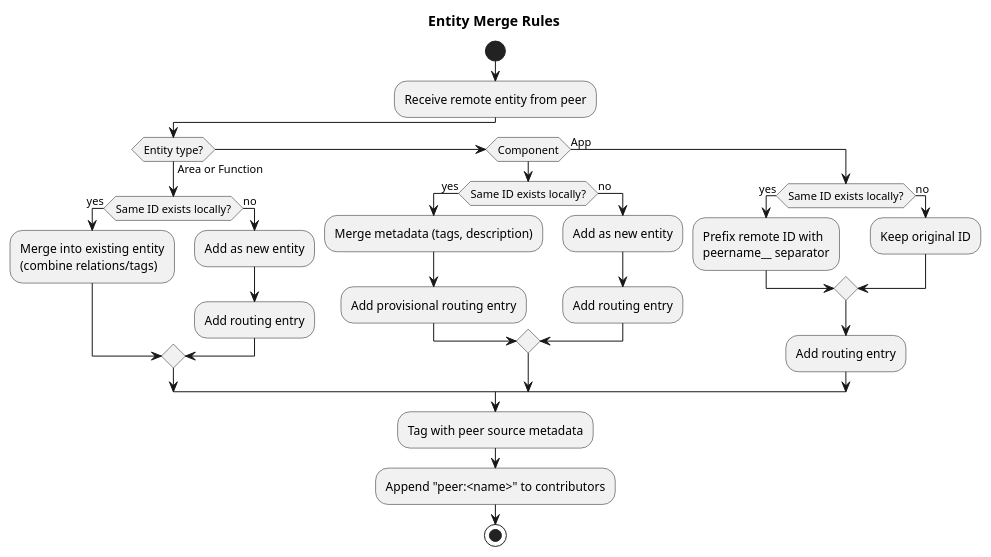
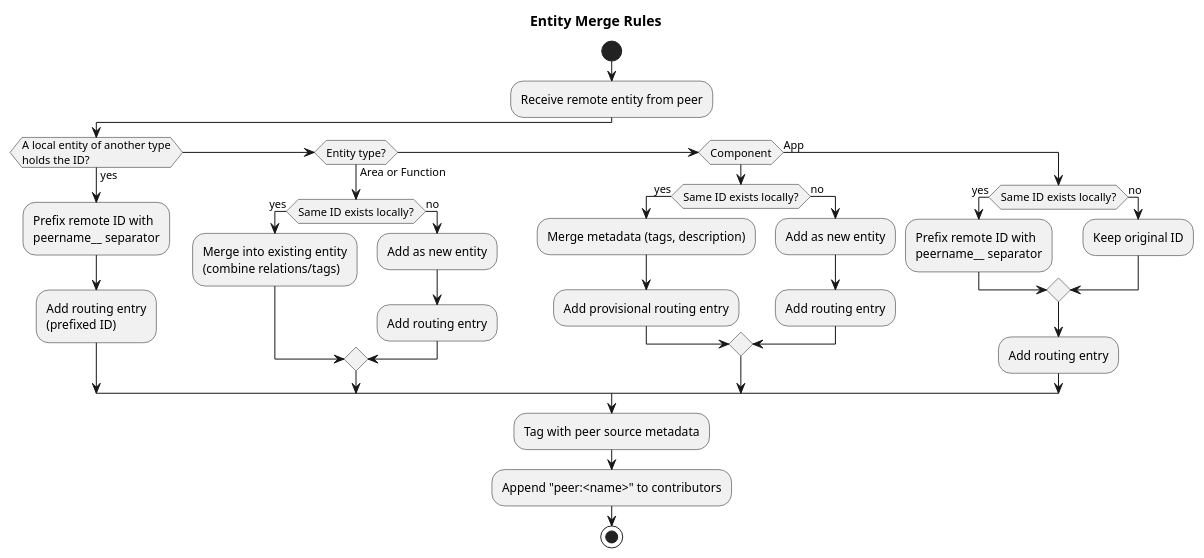
The third of 5 diagrams in src/ros2_medkit_gateway/design/aggregation.rst (selfpatch/ros2_medkit), drawn with PlantUML before and after one commit. The commit also changed other lines of this file and 10 other files, not shown here.

```diff
--- a/src/ros2_medkit_gateway/design/aggregation.rst
+++ b/src/ros2_medkit_gateway/design/aggregation.rst
@@ -194,37 +194,40 @@
 .. plantuml::
    :caption: Entity Merge Logic by Type
 
    @startuml entity_merge
 
    title Entity Merge Rules
 
    start
    :Receive remote entity from peer;
-   if (Entity type?) then (Area or Function)
+   if (A local entity of another type\nholds the ID?) then (yes)
+       :Prefix remote ID with\npeername__ separator;
+       :Add routing entry\n(prefixed ID);
+   elseif (Entity type?) then (Area or Function)
        if (Same ID exists locally?) then (yes)
            :Merge into existing entity\n(combine relations/tags);
        else (no)
            :Add as new entity;
            :Add routing entry;
        endif
    elseif (Component) then
        if (Same ID exists locally?) then (yes)
            :Merge metadata (tags, description);
            :Add provisional routing entry;
        else (no)
            :Add as new entity;
            :Add routing entry;
        endif
    else (App)
        if (Same ID exists locally?) then (yes)
            :Prefix remote ID with\npeername__ separator;
        else (no)
            :Keep original ID;
        endif
        :Add routing entry;
    endif
    :Tag with peer source metadata;
    :Append "peer:<name>" to contributors;
    stop
 
    @enduml
```
